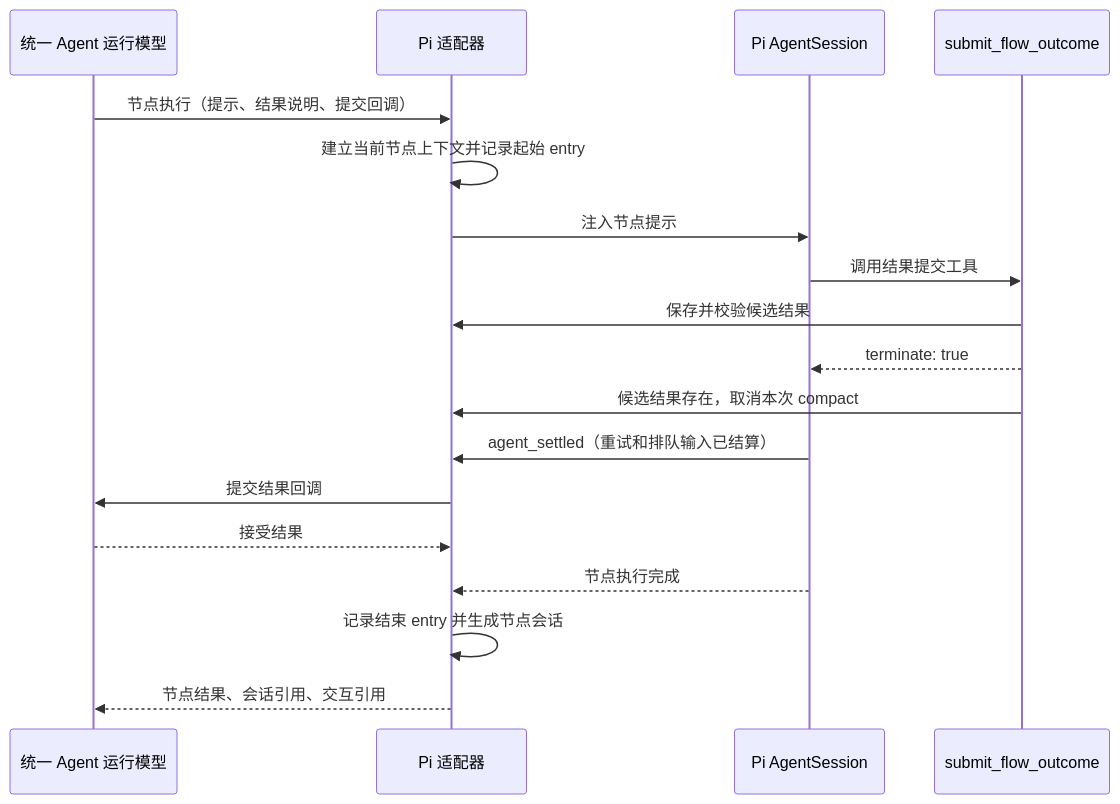
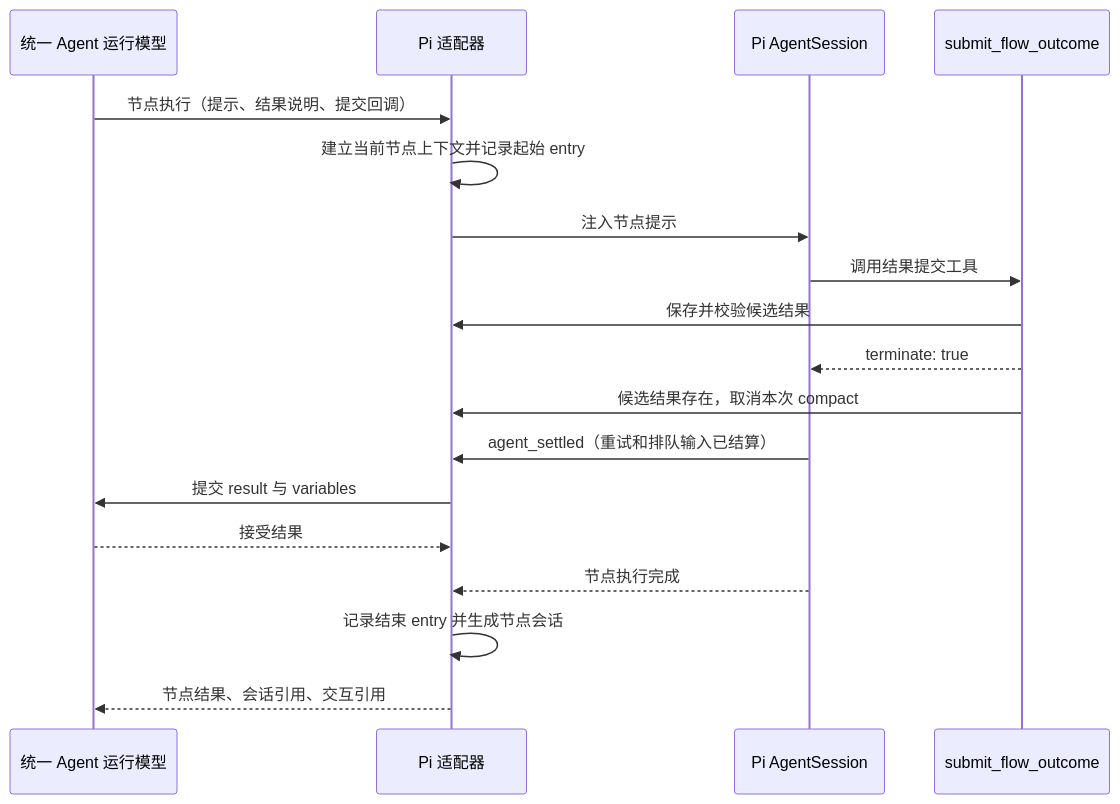
One commit to JhihJian/Agent-Flow-Runtime changed the second of 3 diagrams in docs/pi-agent-integration-adapter-design.md. Above: the diagram before and after it, drawn with Mermaid. The commit also changed other lines of this file and 48 other files, not shown here.

Commit message:
完善 Flow 运行时变量上下文与发布验证

````diff
--- a/docs/pi-agent-integration-adapter-design.md
+++ b/docs/pi-agent-integration-adapter-design.md
@@ -125,21 +127,21 @@
 ```mermaid
 sequenceDiagram
   participant M as 统一 Agent 运行模型
   participant P as Pi 适配器
   participant S as Pi AgentSession
   participant T as submit_flow_outcome
 
   M->>P: 节点执行（提示、结果说明、提交回调）
   P->>P: 建立当前节点上下文并记录起始 entry
   P->>S: 注入节点提示
   S->>T: 调用结果提交工具
   T->>P: 保存并校验候选结果
   T-->>S: terminate: true
   T->>P: 候选结果存在，取消本次 compact
   S->>P: agent_settled（重试和排队输入已结算）
-  P->>M: 提交结果回调
+  P->>M: 提交 result 与 variables
   M-->>P: 接受结果
   S-->>P: 节点执行完成
   P->>P: 记录结束 entry 并生成节点会话
   P-->>M: 节点结果、会话引用、交互引用
 ```
````
